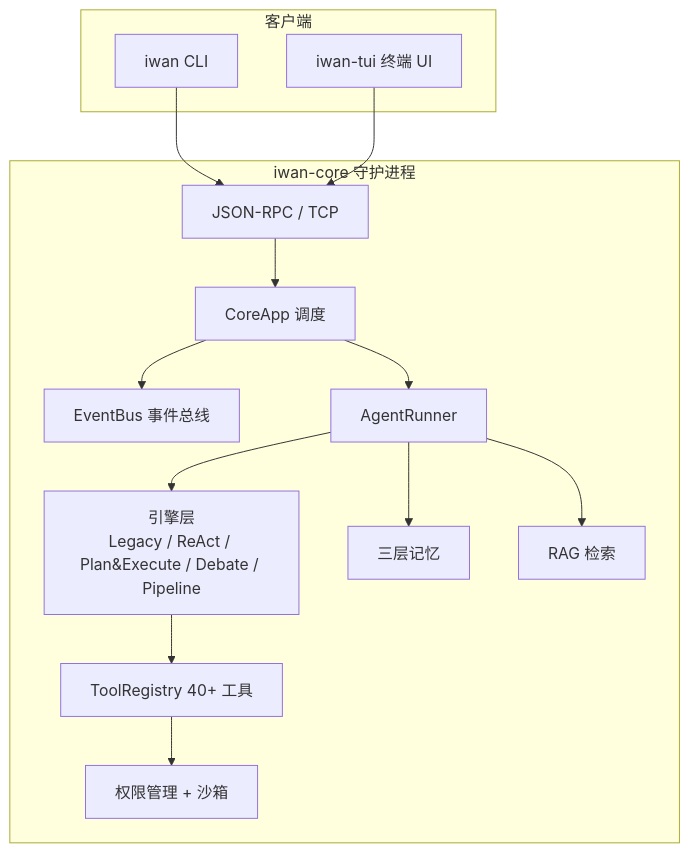
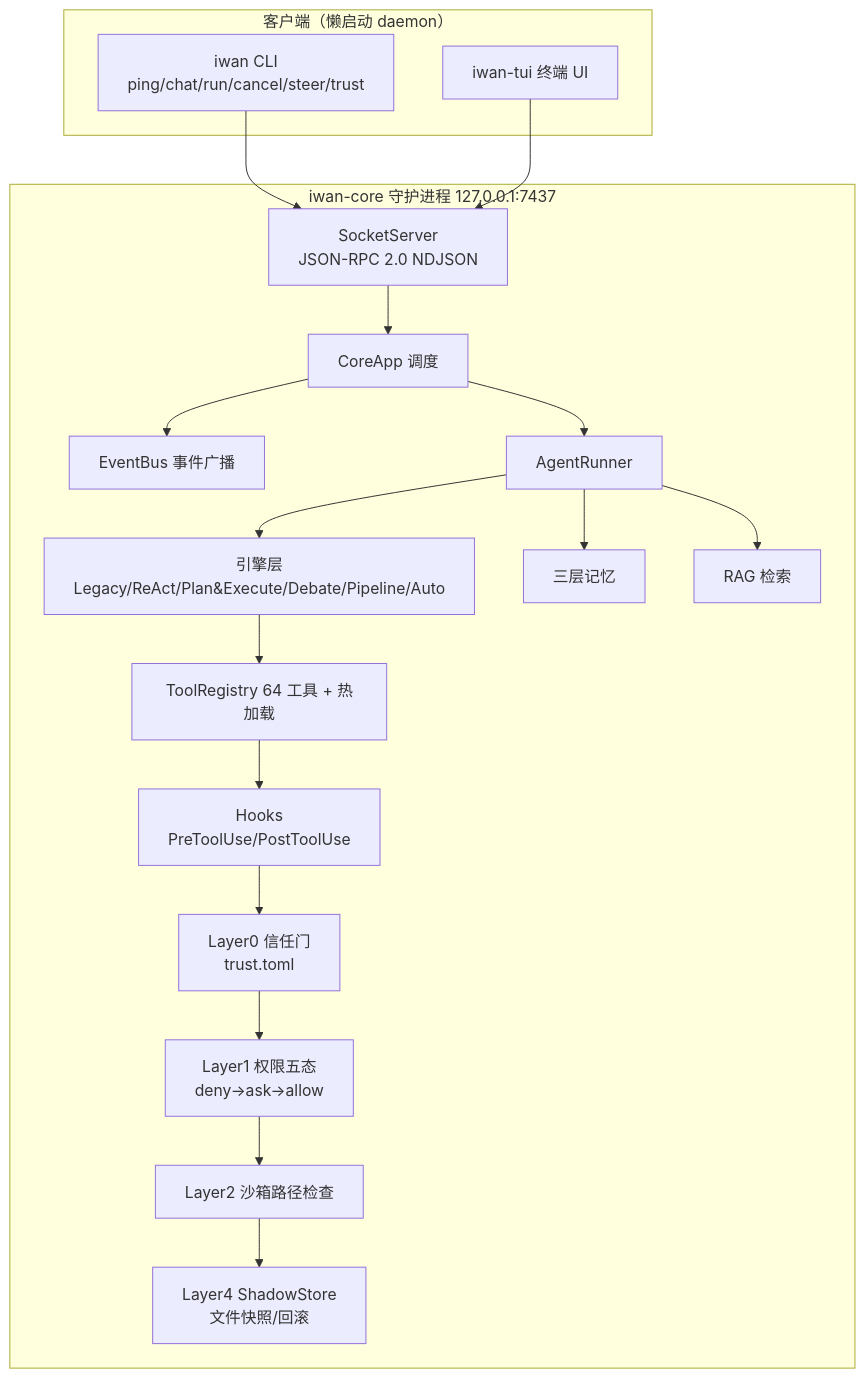
One commit to longer1225/IwanClaude changed the diagram in README.md. Above: the diagram before and after it, drawn with Mermaid. The commit also changed other lines of this file and 16 other files, not shown here.

First line of the commit message:
docs: docs/ 分类重组（design/architecture/plans/learning/todo + 导航索引）+ 重写 GitHub README（Windows 优先）

````diff
--- a/README.md
+++ b/README.md
@@ -34,28 +40,36 @@
 ```mermaid
 graph TB
-    subgraph Client["客户端"]
-        CLI["iwan CLI"]
+    subgraph Client["客户端（懒启动 daemon）"]
+        CLI["iwan CLI<br/>ping/chat/run/cancel/steer/trust"]
         TUI["iwan-tui 终端 UI"]
     end
-    subgraph Daemon["iwan-core 守护进程"]
-        IPC["JSON-RPC / TCP"]
+    subgraph Daemon["iwan-core 守护进程 127.0.0.1:7437"]
+        IPC["SocketServer<br/>JSON-RPC 2.0 NDJSON"]
         APP["CoreApp 调度"]
-        BUS["EventBus 事件总线"]
+        BUS["EventBus 事件广播"]
         RUNNER["AgentRunner"]
-        ENG["引擎层<br/>Legacy / ReAct / Plan&Execute / Debate / Pipeline"]
-        TOOLS["ToolRegistry 40+ 工具"]
-        PERM["权限管理 + 沙箱"]
+        ENG["引擎层<br/>Legacy/ReAct/Plan&Execute/Debate/Pipeline/Auto"]
+        TOOLS["ToolRegistry 64 工具 + 热加载"]
+        HOOKS["Hooks<br/>PreToolUse/PostToolUse"]
+        TRUST["Layer0 信任门<br/>trust.toml"]
+        PERM["Layer1 权限五态<br/>deny→ask→allow"]
+        SBX["Layer2 沙箱路径检查"]
+        SHADOW["Layer4 ShadowStore<br/>文件快照/回滚"]
         MEM["三层记忆"]
         RAG["RAG 检索"]
     end
     CLI --> IPC
     TUI --> IPC
     IPC --> APP
     APP --> BUS
     APP --> RUNNER
     RUNNER --> ENG
     ENG --> TOOLS
-    TOOLS --> PERM
+    TOOLS --> HOOKS
+    HOOKS --> TRUST
+    TRUST --> PERM
+    PERM --> SBX
+    SBX --> SHADOW
     RUNNER --> MEM
     RUNNER --> RAG
 ```
````
